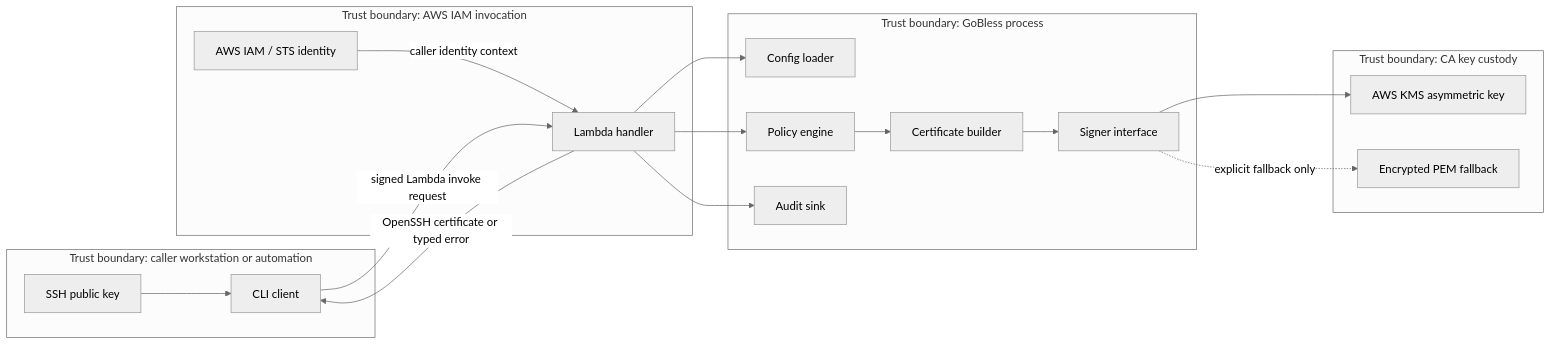
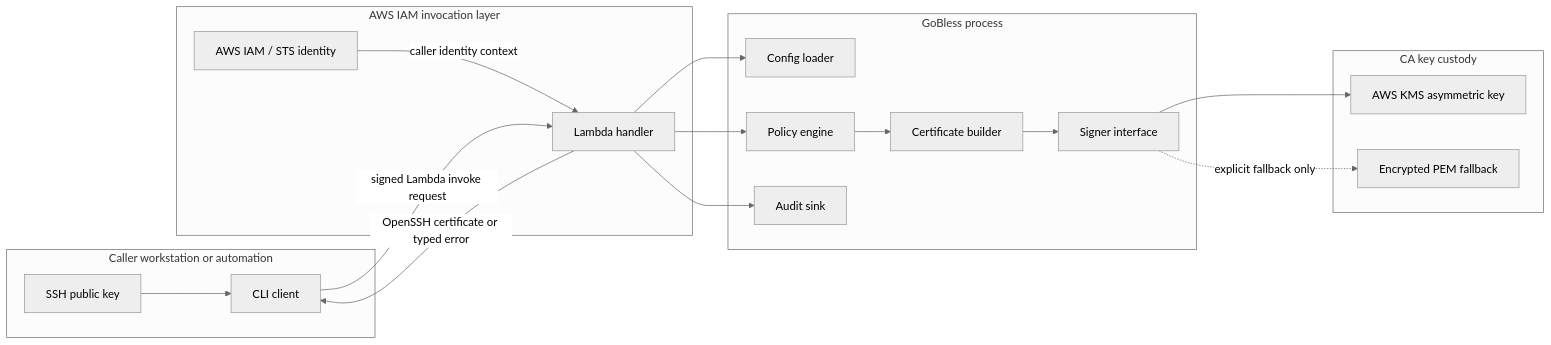
The diagram in docs/ARCHITECTURE.md (FtlC-ian/gobless), drawn with Mermaid (neutral theme) before and after one commit. The commit also changed other lines of this file and 95 other files, not shown here.

````diff
--- a/docs/ARCHITECTURE.md
+++ b/docs/ARCHITECTURE.md
@@ -7,37 +7,37 @@
 ```mermaid
 flowchart LR
-    subgraph Caller[Trust boundary: caller workstation or automation]
+    subgraph Caller[Caller workstation or automation]
         CLI[CLI client]
         PUB[SSH public key]
     end
 
-    subgraph AWSInvoke[Trust boundary: AWS IAM invocation]
+    subgraph AWSInvoke[AWS IAM invocation layer]
         IAM[AWS IAM / STS identity]
         LAMBDA[Lambda handler]
     end
 
-    subgraph GoBless[Trust boundary: GoBless process]
+    subgraph GoBless[GoBless process]
         CFG[Config loader]
         POL[Policy engine]
         CERT[Certificate builder]
         AUDIT[Audit sink]
         SIGN[Signer interface]
     end
 
-    subgraph Custody[Trust boundary: CA key custody]
+    subgraph Custody[CA key custody]
         KMS[AWS KMS asymmetric key]
         PEM[Encrypted PEM fallback]
     end
 
     CLI -->|signed Lambda invoke request| LAMBDA
     PUB --> CLI
     IAM -->|caller identity context| LAMBDA
     LAMBDA --> CFG
     LAMBDA --> POL
     POL --> CERT
     CERT --> SIGN
     SIGN --> KMS
     SIGN -. explicit fallback only .-> PEM
     LAMBDA --> AUDIT
     LAMBDA -->|OpenSSH certificate or typed error| CLI
 ```
````
